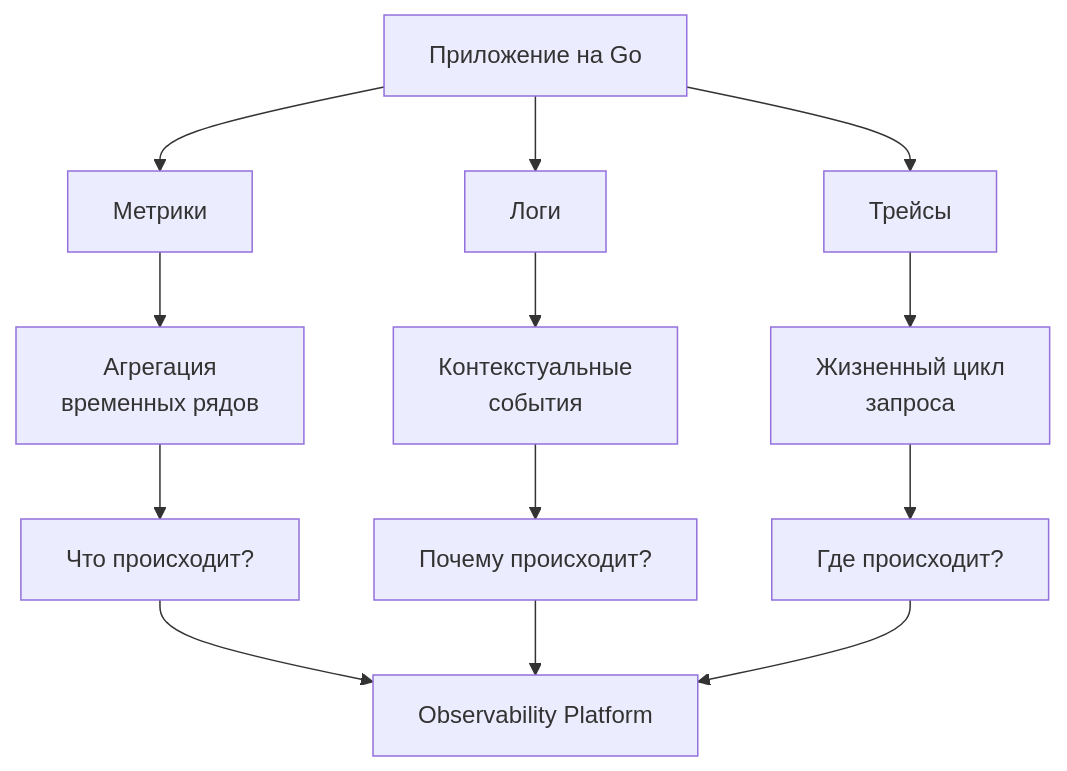
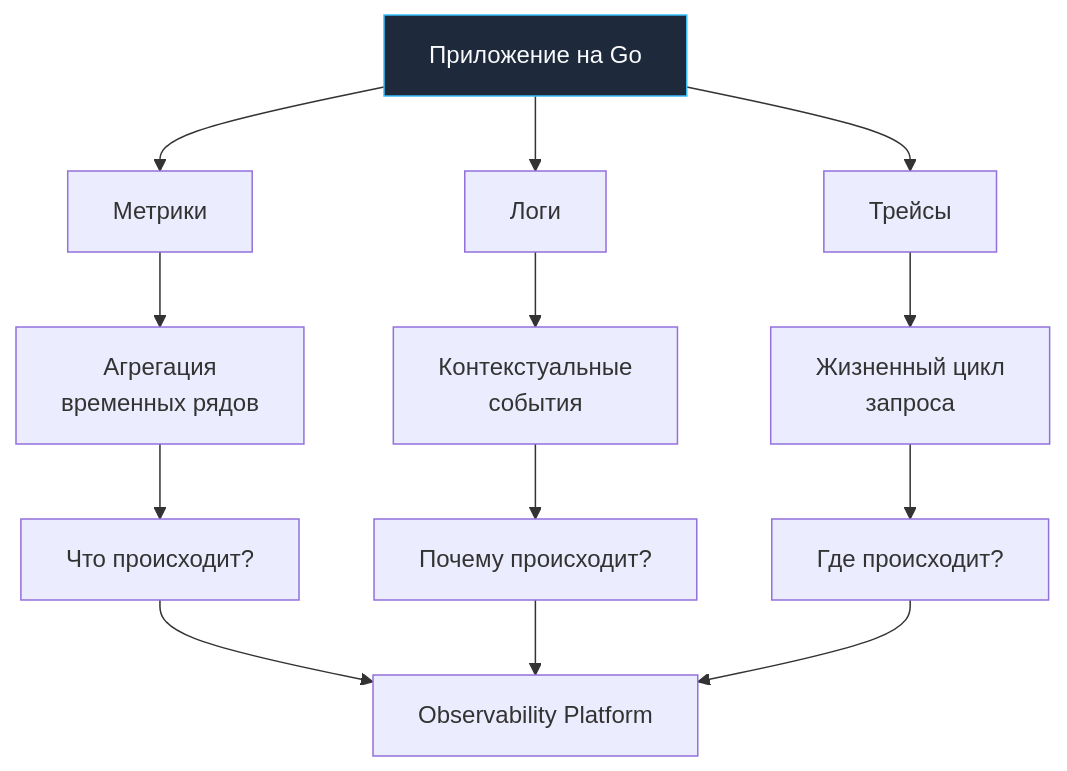
The diagram in sources/18. Observability (Мониторинг и наблюдаемость)/01. Основы/1. Обзор раздела. Что такое observability.md (UnrealTemplier/go-textbook), drawn with Mermaid before and after one commit. The commit also changed 1666 other files, not shown here.

First line of the commit message:
feat(mermaid): add semantic color classDef to 1369 colorless flowchart/graph diagrams

````diff
--- a/sources/18. Observability (Мониторинг и наблюдаемость)/01. Основы/1. Обзор раздела. Что такое observability.md
+++ b/sources/18. Observability (Мониторинг и наблюдаемость)/01. Основы/1. Обзор раздела. Что такое observability.md
@@ -24,18 +24,28 @@
 ```mermaid
 flowchart TD
-    A["Приложение на Go"] --> B["Метрики"]
+    classDef process  fill:#1e293b,stroke:#38bdf8,stroke-width:1px,color:#f8fafc
+    classDef success  fill:#064e3b,stroke:#34d399,stroke-width:1px,color:#f8fafc
+    classDef error    fill:#7f1d1d,stroke:#f87171,stroke-width:1px,color:#f8fafc
+    classDef warning  fill:#78350f,stroke:#fbbf24,stroke-width:1px,color:#f8fafc
+    classDef entry    fill:#1e3a5f,stroke:#38bdf8,stroke-width:2px,color:#f8fafc
+    classDef aux      fill:#334155,stroke:#64748b,stroke-width:1px,color:#f8fafc
+    classDef system   fill:#312e81,stroke:#a78bfa,stroke-width:1px,color:#f8fafc
+    classDef data     fill:#132d29,stroke:#2dd4bf,stroke-width:1px,color:#f8fafc
+    classDef network  fill:#881337,stroke:#fb7185,stroke-width:1px,color:#f8fafc
+    classDef accent   fill:#1e1b4b,stroke:#818cf8,stroke-width:1px,color:#f8fafc
+    A["Приложение на Go"]:::process --> B["Метрики"]
     A --> C["Логи"]
     A --> D["Трейсы"]
 
     B --> E["Агрегация<br>временных рядов"]
     C --> F["Контекстуальные<br>события"]
     D --> G["Жизненный цикл<br>запроса"]
 
     E --> H["Что происходит?"]
     F --> I["Почему происходит?"]
     G --> J["Где происходит?"]
 
     H --> K["Observability Platform"]
     I --> K
     J --> K
 ```
````
